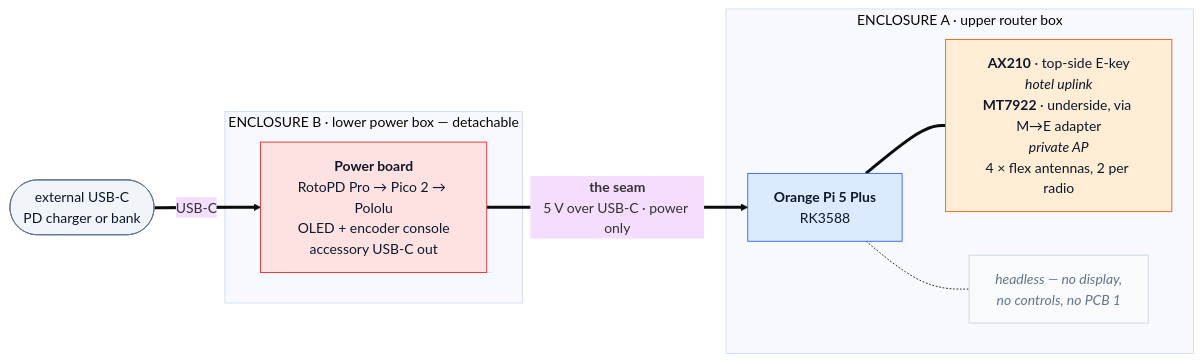
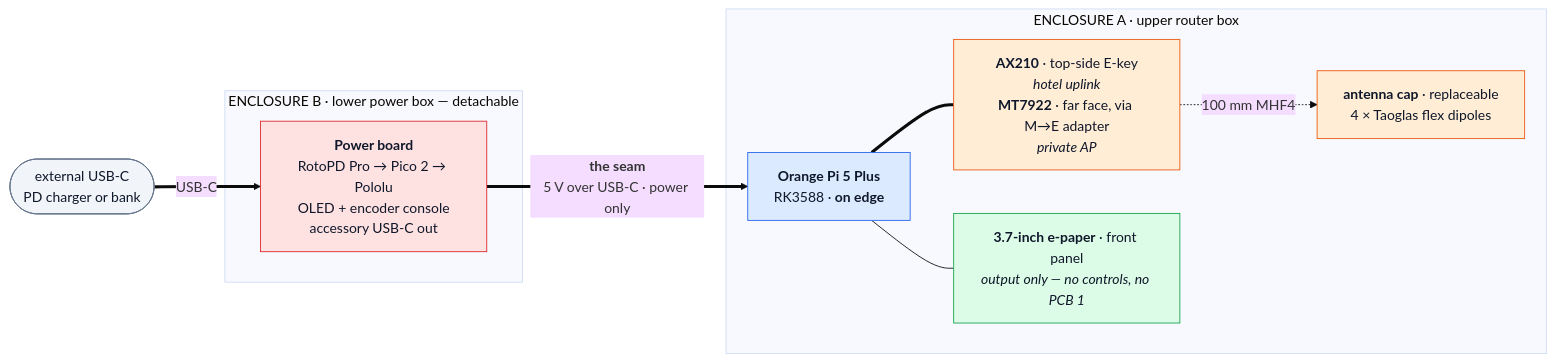
One commit to ParkWardRR/vezha changed the diagram in README.md. Above: the diagram before and after it, drawn with Mermaid (base theme). The commit also changed other lines of this file and 9 other files, not shown here.

````diff
--- a/README.md
+++ b/README.md
@@ -82,26 +88,28 @@
 ```mermaid
 flowchart LR
     CHG([external USB-C<br/>PD charger or bank]):::ext
 
     subgraph B["ENCLOSURE B · lower power box — detachable"]
         PCB2["<b>Power board</b><br/>RotoPD Pro → Pico 2 → Pololu<br/>OLED + encoder console<br/>accessory USB-C out"]:::pwr
     end
 
     subgraph A["ENCLOSURE A · upper router box"]
-        PI["<b>Orange Pi 5 Plus</b><br/>RK3588"]:::core
-        RAD["<b>AX210</b> · top-side E-key<br/><i>hotel uplink</i><br/><b>MT7922</b> · underside, via M→E adapter<br/><i>private AP</i><br/>4 × flex antennas, 2 per radio"]:::rf
-        HL["<i>headless — no display,<br/>no controls, no PCB 1</i>"]:::ghost
+        CAP["<b>antenna cap</b> · replaceable<br/>4 × Taoglas flex dipoles"]:::rf
+        PI["<b>Orange Pi 5 Plus</b><br/>RK3588 · <b>on edge</b>"]:::core
+        RAD["<b>AX210</b> · top-side E-key<br/><i>hotel uplink</i><br/><b>MT7922</b> · far face, via M→E adapter<br/><i>private AP</i>"]:::rf
+        EPD["<b>3.7-inch e-paper</b> · front panel<br/><i>output only — no controls, no PCB 1</i>"]:::ctl
         PI === RAD
-        PI -.- HL
+        RAD -.->|"100 mm MHF4"| CAP
+        PI --- EPD
     end
 
     CHG ==>|USB-C| PCB2
     PCB2 ==>|"<b>the seam</b><br/>5 V over USB-C · power only"| PI
 
     classDef ext  fill:#f1f5f9,stroke:#64748b,color:#0f172a
     classDef pwr  fill:#fee2e2,stroke:#dc2626,color:#0f172a
     classDef ctl  fill:#dcfce7,stroke:#16a34a,color:#0f172a
     classDef core fill:#dbeafe,stroke:#2563eb,color:#0f172a
     classDef rf   fill:#ffedd5,stroke:#ea580c,color:#0f172a
     classDef ghost fill:#f8fafc,stroke:#cbd5e1,color:#64748b
 ```
````
